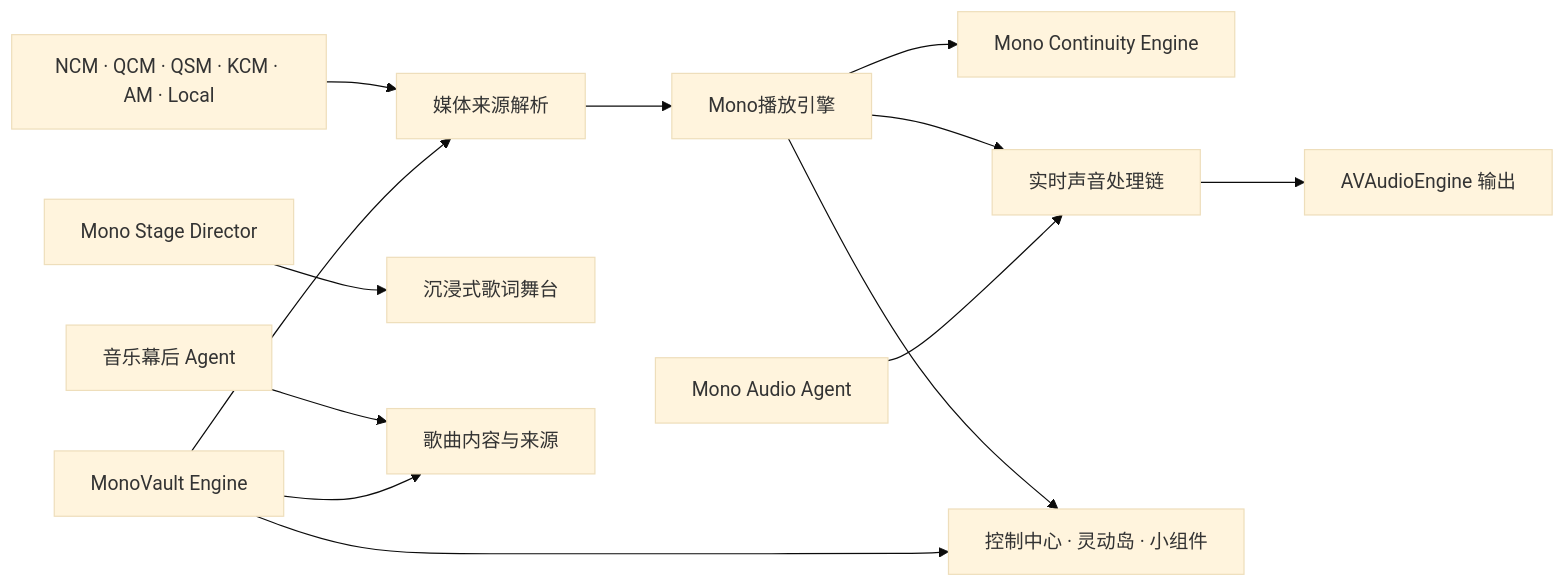
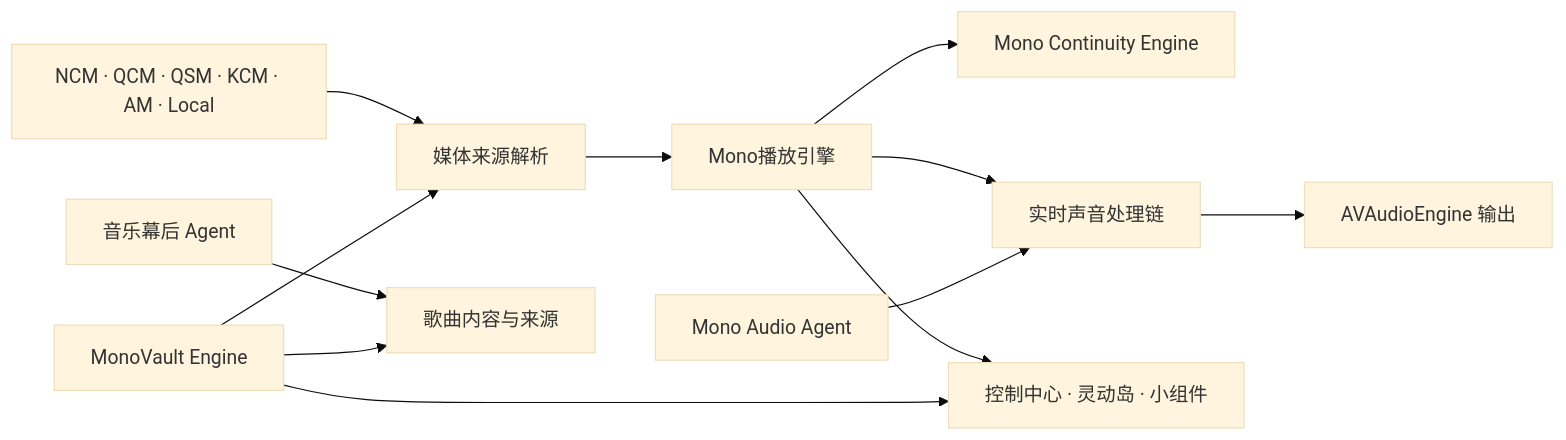
One commit to Lincb522/Aside-music changed the diagram in README.md. Above: the diagram before and after it, drawn with Mermaid (base theme). The commit also changed other lines of this file, not shown here.

Commit message:
移除废弃的 Stage Director 介绍 [skip ci]

````diff
--- a/README.md
+++ b/README.md
@@ -120,15 +115,14 @@
 ```mermaid
 flowchart LR
     A["NCM · QCM · QSM · KCM · AM · Local"] --> B["媒体来源解析"]
     B --> C["Mono播放引擎"]
     C --> D["Mono Continuity Engine"]
     C --> E["实时声音处理链"]
     E --> F["AVAudioEngine 输出"]
     C --> G["控制中心 · 灵动岛 · 小组件"]
     H["Mono Audio Agent"] --> E
-    I["Mono Stage Director"] --> J["沉浸式歌词舞台"]
     K["音乐幕后 Agent"] --> L["歌曲内容与来源"]
     M["MonoVault Engine"] --> B
     M --> G
     M --> L
 ```
````
